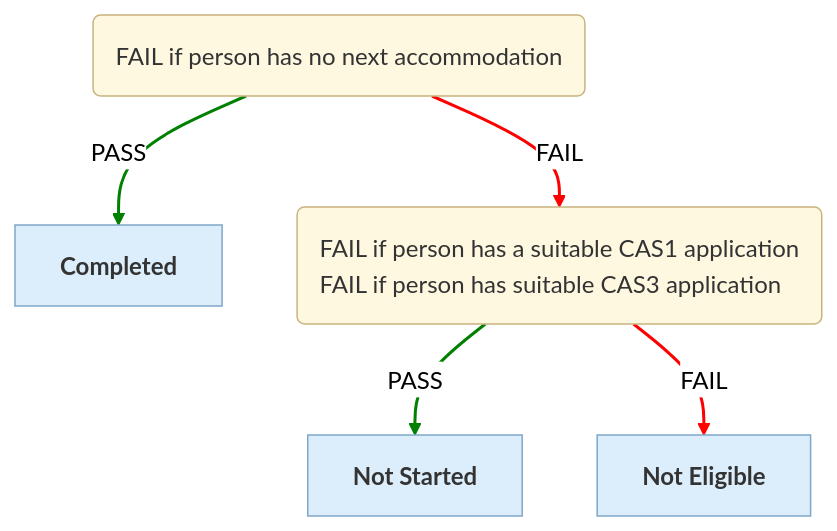
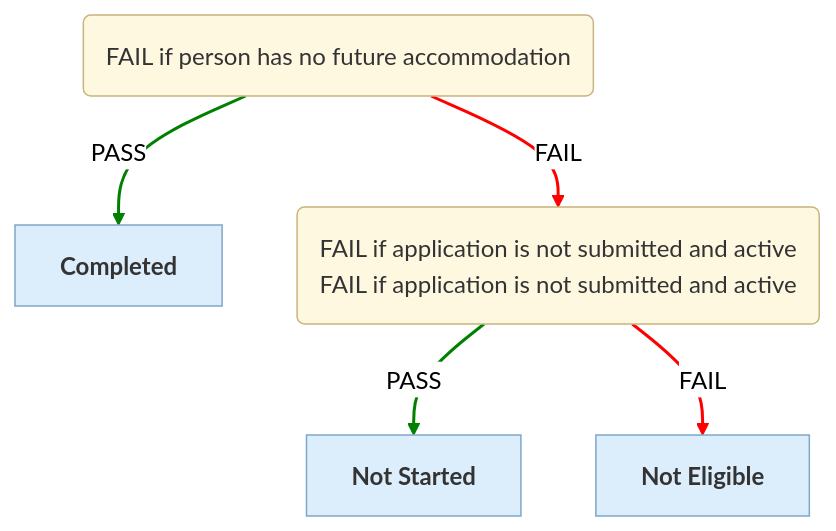
The sixth of 6 diagrams in docs/eligibility-rules-graph.md (ministryofjustice/hmpps-single-accommodation-service-api), drawn with Mermaid (neutral theme) before and after one commit. The commit also changed other lines of this file and 13 other files, not shown here.

````diff
--- a/docs/eligibility-rules-graph.md
+++ b/docs/eligibility-rules-graph.md
@@ -661,21 +564,21 @@
 ```mermaid
 %%{init: {"flowchart": {"wrappingWidth": 800}}}%%
 flowchart TD
-  Completion("<div style='text-align:left'>FAIL if person has no next accommodation</div>")
+  Completion("<div style='text-align:left'>FAIL if person has no future accommodation</div>")
   PA_COMPLETED["<b>Completed</b>"]
-  Eligibility("<div style='text-align:left'>FAIL if person has a suitable CAS1 application
-FAIL if person has suitable CAS3 application</div>")
+  Eligibility("<div style='text-align:left'>FAIL if application is not submitted and active
+FAIL if application is not submitted and active</div>")
   PA_NOT_STARTED["<b>Not Started</b>"]
   PA_NOT_ELIGIBLE["<b>Not Eligible</b>"]
   Completion -->|PASS| PA_COMPLETED
   Eligibility -->|PASS| PA_NOT_STARTED
   Eligibility -->|FAIL| PA_NOT_ELIGIBLE
   Completion -->|FAIL| Eligibility
   linkStyle 0,1 stroke:green,stroke-width:2px
   linkStyle 2,3 stroke:red,stroke-width:2px
   classDef ruleSetNode fill:#FFF8E1,stroke:#C9B37E,color:#333
   classDef outcomeNode fill:#DCEEFB,stroke:#7FA7C9,color:#333
   classDef updaterNode fill:#EDE7F6,stroke:#A99BC9,color:#333
   class Completion,Eligibility ruleSetNode
   class PA_COMPLETED,PA_NOT_STARTED,PA_NOT_ELIGIBLE outcomeNode
 ```
````
